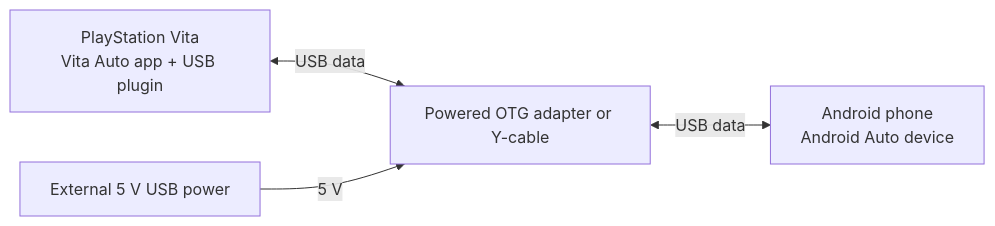
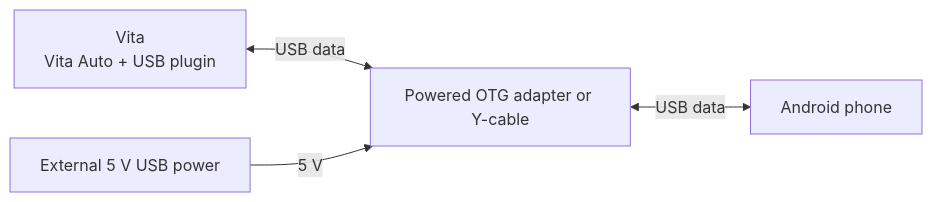
Before and after one commit to Gavwalsh15/Vita_Auto: the diagram in docs/setup.md, drawn with Mermaid. The commit also changed other lines of this file and 132 other files, not shown here.

````diff
--- a/docs/setup.md
+++ b/docs/setup.md
@@ -24,11 +14,6 @@
 ```mermaid
 flowchart LR
-    Vita[PlayStation Vita\nVita Auto app + USB plugin]
-    Adapter[Powered OTG adapter or Y-cable]
-    Phone[Android phone\nAndroid Auto device]
-    Power[External 5 V USB power]
-
-    Vita <-->|USB data | Adapter
-    Adapter <-->|USB data | Phone
-    Power -->|5 V | Adapter
+    Vita[Vita\nVita Auto + USB plugin] <-->|USB data| Adapter[Powered OTG adapter or Y-cable]
+    Adapter <-->|USB data| Phone[Android phone]
+    Power[External 5 V USB power] -->|5 V| Adapter
 ```
````
